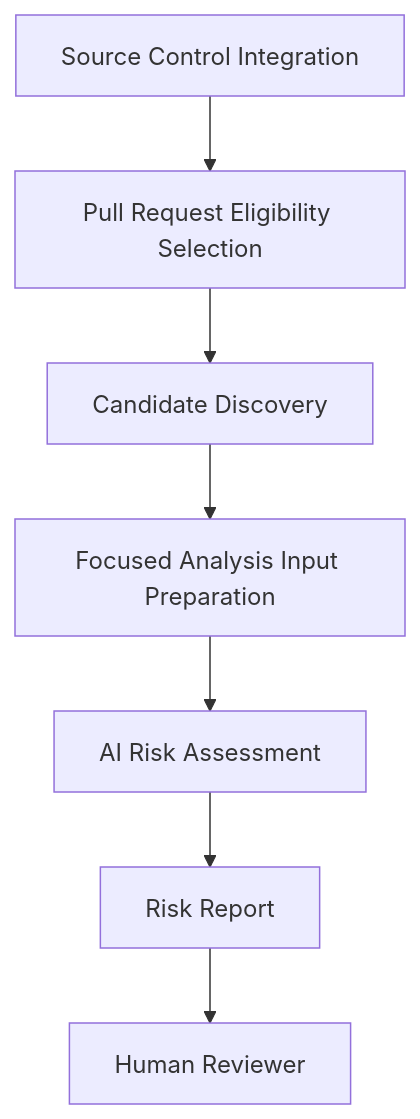
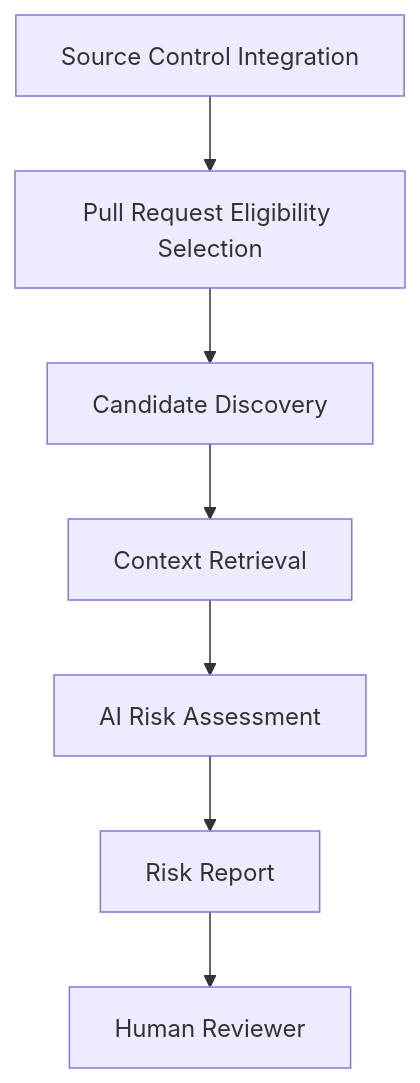
The diagram in docs/design/02-architecture.md (sophiatheofanidou/cross-pr-integration-risk-analyzer), drawn with Mermaid before and after one commit. The commit also changed other lines of this file and 7 other files, not shown here.

Commit message:
docs: unify context retrieval terminology

````diff
--- a/docs/design/02-architecture.md
+++ b/docs/design/02-architecture.md
@@ -30,17 +30,17 @@
 ```mermaid
 flowchart TD
     A[Source Control Integration]
     B[Pull Request Eligibility Selection]
     C[Candidate Discovery]
-    D[Focused Analysis Input Preparation]
+    D[Context Retrieval]
     E[AI Risk Assessment]
     F[Risk Report]
     G[Human Reviewer]
 
     A --> B
     B --> C
     C --> D
     D --> E
     E --> F
     F --> G
 ```
````
